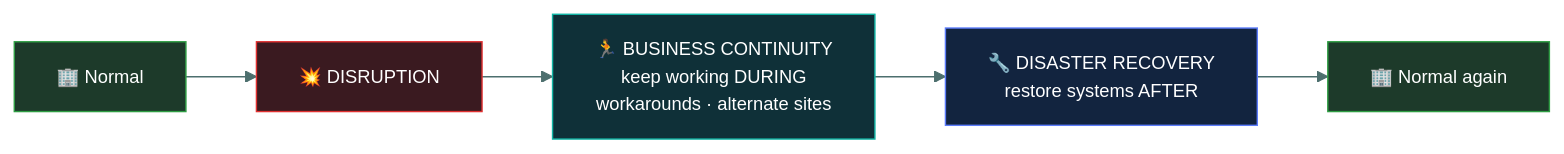
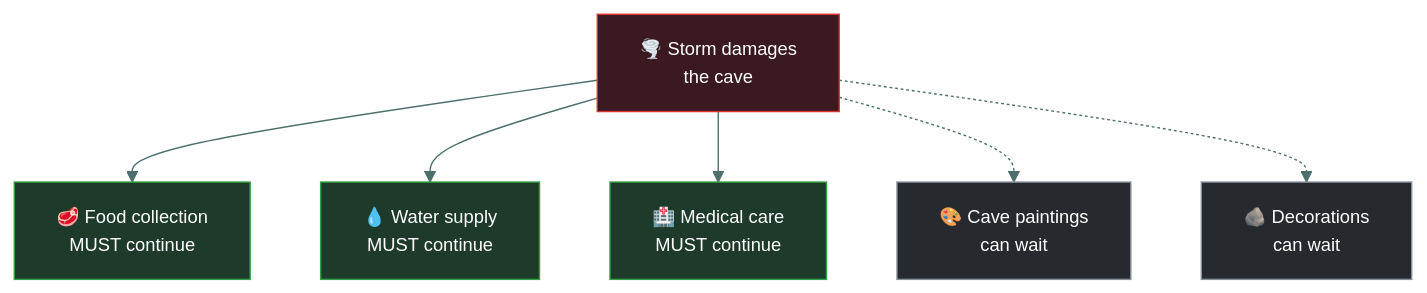
The first of 4 diagrams in 02-security-governance/business-continuity/README.md (tarunTejaDesireddy/cc-exam-prep), drawn with Mermaid before and after one commit. The commit also changed other lines of this file and 1 other file, not shown here.

First line of the commit message:
Rewrite Business Continuity with the storm-hits-the-cave walkthrough

````diff
--- a/02-security-governance/business-continuity/README.md
+++ b/02-security-governance/business-continuity/README.md
@@ -70,14 +72,17 @@
 ```mermaid
-%%{init: {'theme':'base','themeVariables':{'fontSize':'13px','lineColor':'#4d6f6e','textColor':'#dbe7e6'}}}%%
-flowchart LR
-    N1["🏢 Normal"] --> D["💥 DISRUPTION"]
-    D --> C["🏃 BUSINESS CONTINUITY<br/>keep working DURING<br/>workarounds · alternate sites"]
-    C --> R["🔧 DISASTER RECOVERY<br/>restore systems AFTER"]
-    R --> N2["🏢 Normal again"]
+%%{init: {'theme':'base','themeVariables':{'fontFamily':'Segoe UI, Helvetica Neue, Arial, sans-serif','fontSize':'13px','lineColor':'#4d6f6e','textColor':'#dbe7e6'}}}%%
+flowchart TD
+    S["🌪️ Storm damages<br/>the cave"]
+    S --> C1["🥩 Food collection<br/>MUST continue"]
+    S --> C2["💧 Water supply<br/>MUST continue"]
+    S --> C3["🏥 Medical care<br/>MUST continue"]
+    S -.-> W1["🎨 Cave paintings<br/>can wait"]
+    S -.-> W2["🪨 Decorations<br/>can wait"]
 
-    style N1 fill:#1d3a2a,stroke:#2F9E44,color:#fff
-    style D fill:#3a1a20,stroke:#E03131,color:#fff
-    style C fill:#0f3038,stroke:#12B5A5,color:#fff
-    style R fill:#12243f,stroke:#5C7CFA,color:#fff
-    style N2 fill:#1d3a2a,stroke:#2F9E44,color:#fff
+    style S fill:#3a1a20,stroke:#E03131,color:#fff
+    style C1 fill:#1d3a2a,stroke:#2F9E44,color:#fff
+    style C2 fill:#1d3a2a,stroke:#2F9E44,color:#fff
+    style C3 fill:#1d3a2a,stroke:#2F9E44,color:#fff
+    style W1 fill:#26292e,stroke:#868E96,color:#fff
+    style W2 fill:#26292e,stroke:#868E96,color:#fff
 ```
````
